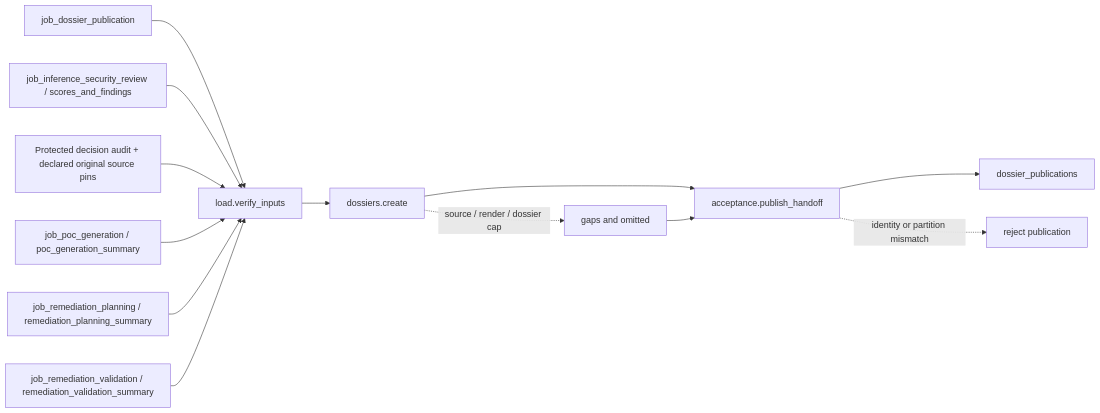
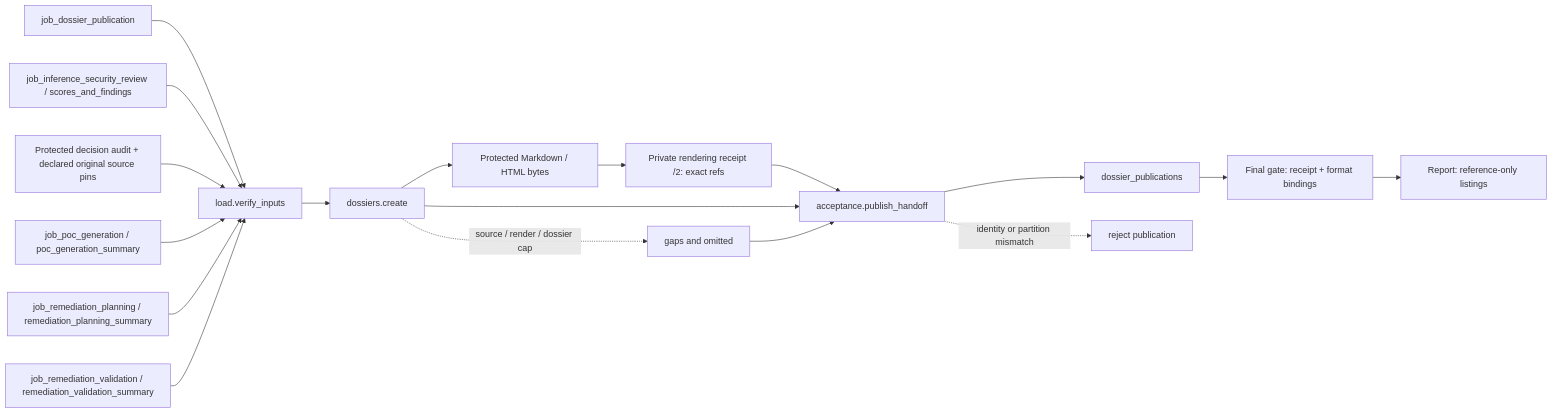
The second of 2 diagrams in docs/operations/job_dossier_publication.md (wsollers/appsec-review), drawn with Mermaid before and after one commit. The commit also changed other lines of this file and 13 other files, not shown here.

First line of the commit message:
Certify protected dossier formats through versioned receipts (T-5216)

````diff
--- a/docs/operations/job_dossier_publication.md
+++ b/docs/operations/job_dossier_publication.md
@@ -588,15 +597,20 @@
 ```mermaid
 flowchart LR
   job["job_dossier_publication"] --> load["load.verify_inputs"]
   review["job_inference_security_review / scores_and_findings"] --> load
   audit["Protected decision audit + declared original source pins"] --> load
   attachments["job_poc_generation / poc_generation_summary"] --> load
   remediation["job_remediation_planning / remediation_planning_summary"] --> load
   validation["job_remediation_validation / remediation_validation_summary"] --> load
   load --> create["dossiers.create"]
+  create --> formats["Protected Markdown / HTML bytes"]
+  formats --> receipt["Private rendering receipt /2: exact refs"]
+  receipt --> accept
   create --> accept["acceptance.publish_handoff"]
   create -. "source / render / dossier cap" .-> gaps["gaps and omitted"]
   gaps --> accept
   accept --> out["dossier_publications"]
+  out --> gate["Final gate: receipt + format bindings"]
+  gate --> report["Report: reference-only listings"]
   accept -. "identity or partition mismatch" .-> reject["reject publication"]
 ```
````
